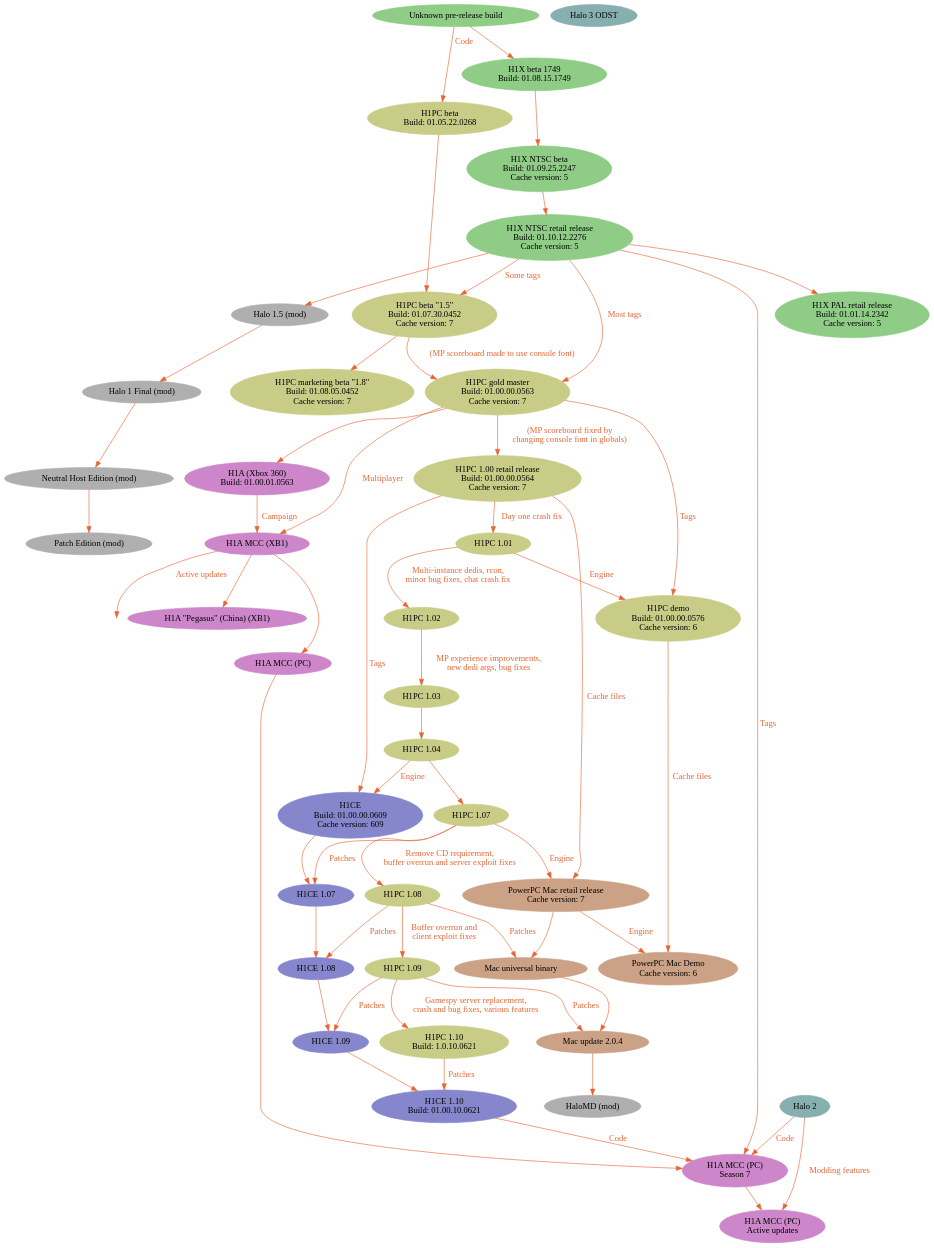
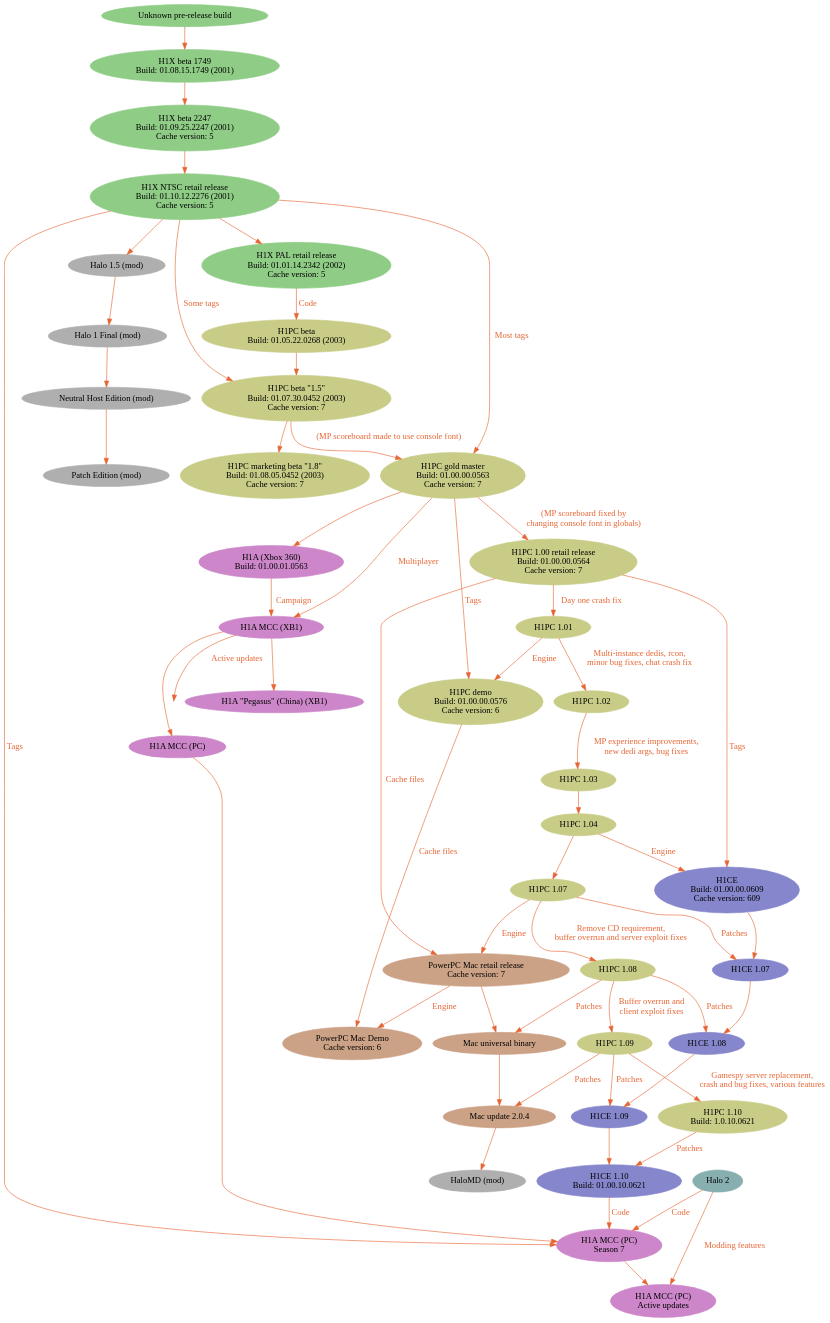
Before and after one commit to Sigmmma/c20: the diagram in src/content/h1/games.dot, drawn with Graphviz. The commit also changed 6 other files, not shown here.

Commit message:
Revise h1 versions chart; add HMT button keywords; NTSC player physics flag; h2 weather functions use seconds

```diff
--- a/src/content/h1/games.dot
+++ b/src/content/h1/games.dot
@@ -1,142 +1,140 @@
 digraph G {
   bgcolor="transparent"
   edge [color="#E66533" fontcolor="#E66533"]
 
   subgraph h1x {
     node [style=filled color="#8fcc86"]
     h1x_pre [label="Unknown pre-release build"]
-    h1x_1749 [label="H1X beta 1749\nBuild: 01.08.15.1749"]
-    h1x_ntsc_beta [label="H1X NTSC beta\nBuild: 01.09.25.2247\nCache version: 5"]
-    h1x_ntsc_retail [label="H1X NTSC retail release\nBuild: 01.10.12.2276\nCache version: 5"]
-    h1x_pal_retail [label="H1X PAL retail release\nBuild: 01.01.14.2342\nCache version: 5"]
+    h1x_1749 [label="H1X beta 1749\nBuild: 01.08.15.1749 (2001)"]
+    h1x_2247 [label="H1X beta 2247\nBuild: 01.09.25.2247 (2001)\nCache version: 5"]
+    h1x_ntsc_retail [label="H1X NTSC retail release\nBuild: 01.10.12.2276 (2001)\nCache version: 5"]
+    h1x_pal_retail [label="H1X PAL retail release\nBuild: 01.01.14.2342 (2002)\nCache version: 5"]
   }
 
   #mods
   node [style=filled color="#afafaf"];
   h15 [label="Halo 1.5 (mod)"];
   h1final [label="Halo 1 Final (mod)"];
   nhe [label="Neutral Host Edition (mod)"];
   pe [label="Patch Edition (mod)"];
   halomd [label="HaloMD (mod)"];
 
   subgraph h1pc {
     node [style=filled color="#c8cc86"];
-    pc_beta1 [label="H1PC beta\nBuild: 01.05.22.0268"];
-    pc_beta2 [label="H1PC beta \"1.5\"\nBuild: 01.07.30.0452\nCache version: 7"];
-    pc_beta3 [label="H1PC marketing beta \"1.8\"\nBuild: 01.08.05.0452 \nCache version: 7"];
+    pc_beta1 [label="H1PC beta\nBuild: 01.05.22.0268 (2003)"];
+    pc_beta2 [label="H1PC beta \"1.5\"\nBuild: 01.07.30.0452 (2003)\nCache version: 7"];
+    pc_beta3 [label="H1PC marketing beta \"1.8\"\nBuild: 01.08.05.0452 (2003)\nCache version: 7"];
     pc_gold [label="H1PC gold master\nBuild: 01.00.00.0563\nCache version: 7"];
     pc_100 [label="H1PC 1.00 retail release\nBuild: 01.00.00.0564\nCache version: 7"];
     pc_101 [label="H1PC 1.01"];
     pc_102 [label="H1PC 1.02"];
     pc_103 [label="H1PC 1.03"];
     pc_104 [label="H1PC 1.04"];
     pc_107 [label="H1PC 1.07"];
     pc_108 [label="H1PC 1.08"];
     pc_109 [label="H1PC 1.09"];
     pc_110 [label="H1PC 1.10\nBuild: 1.0.10.0621"];
     pc_demo [label="H1PC demo\nBuild: 01.00.00.0576\nCache version: 6"];
   }
 
   subgraph mac {
     node [style=filled color="#cca286"];
     mac_retail [label="PowerPC Mac retail release\nCache version: 7"];
     mac_universal [label="Mac universal binary"];
     mac_204 [label="Mac update 2.0.4"];
     mac_demo [label="PowerPC Mac Demo\nCache version: 6"];
   }
 
   subgraph h1ce {
     node [style=filled color="#8686cc"];
     h1ce_100 [label="H1CE\nBuild: 01.00.00.0609\nCache version: 609"];
     h1ce_107 [label="H1CE 1.07"];
     h1ce_108 [label="H1CE 1.08"];
     h1ce_109 [label="H1CE 1.09"];
     h1ce_110 [label="H1CE 1.10\nBuild: 01.00.10.0621"];
   }
 
   subgraph h1a {
     node [style=filled color="#cc86c9"];
     h1a_360 [label="H1A (Xbox 360)\nBuild: 01.00.01.0563"];
     h1a_xbone [label="H1A MCC (XB1)"];
     h1a_xbone_china [label="H1A \"Pegasus\" (China) (XB1)"];
     h1a_pc [label="H1A MCC (PC)"];
     h1a_pc_s7 [label="H1A MCC (PC)\nSeason 7"];
     h1a_pc_live [label="H1A MCC (PC)\nActive updates"];
     h1a_xbone_live [label="", fixedsize="false", width=0, height=0, shape=none];
   }
 
 
 
   #other games
   node [style=filled color="#88afaf"];
   h2 [label="Halo 2"];
-  odst [label="Halo 3 ODST"];
 
   h1x_pre -> h1x_1749;
-  h1x_1749 -> h1x_ntsc_beta;
-  h1x_ntsc_beta -> h1x_ntsc_retail;
+  h1x_1749 -> h1x_2247;
+  h1x_2247 -> h1x_ntsc_retail;
   h1x_ntsc_retail -> h1x_pal_retail;
 
   # gearbox pc line
-  h1x_pre -> pc_beta1 [label="Code"];
+  h1x_pal_retail -> pc_beta1 [label="Code"];
   pc_beta1 -> pc_beta2;
   h1x_ntsc_retail -> pc_beta2 [label="Some tags"];
   pc_beta2 -> pc_beta3;
   pc_beta2 -> pc_gold [label="(MP scoreboard made to use console font)"];
   h1x_ntsc_retail -> pc_gold [label="Most tags"];
   pc_gold -> pc_100 [label="(MP scoreboard fixed by\nchanging console font in globals)"];
   pc_100 -> pc_101 [label="Day one crash fix"];
   pc_101 -> pc_102 [label="Multi-instance dedis, rcon,\nminor bug fixes, chat crash fix"];
   pc_102 -> pc_103 [label="MP experience improvements,\nnew dedi args, bug fixes"];
   pc_103 -> pc_104;
   pc_104 -> pc_107;
   pc_107 -> pc_108 [label="Remove CD requirement,\nbuffer overrun and server exploit fixes"];
   pc_108 -> pc_109 [label="Buffer overrun and\nclient exploit fixes"];
   pc_109 -> pc_110 [label="Gamespy server replacement,\ncrash and bug fixes, various features"];
   pc_gold -> pc_demo [label="Tags"];
   pc_101 -> pc_demo [label="Engine"];
 
   # custom edition line
   pc_104 -> h1ce_100 [label="Engine"];
   pc_100 -> h1ce_100 [label="Tags"];
   h1ce_100 -> h1ce_107;
   pc_107 -> h1ce_107 [label="Patches"];
   h1ce_107 -> h1ce_108;
   pc_108 -> h1ce_108 [label="Patches"];
   h1ce_108 -> h1ce_109;
   pc_109 -> h1ce_109 [label="Patches"];
   h1ce_109 -> h1ce_110;
   pc_110 -> h1ce_110 [label="Patches"];
 
   # mac
   pc_demo -> mac_demo [label="Cache files"];
   pc_100 -> mac_retail [label="Cache files"];
   pc_107 -> mac_retail [label="Engine"];
   mac_retail -> mac_demo [label="Engine"];
   mac_retail -> mac_universal;
   pc_108 -> mac_universal [label="Patches"];
   mac_universal -> mac_204;
   pc_109 -> mac_204 [label="Patches"];
 
   # mods
   h1x_ntsc_retail -> h15;
   h15 -> h1final;
   h1final -> nhe;
   nhe -> pe;
   mac_204 -> halomd;
 
   # h1a and mcc
   pc_gold -> h1a_360;
   h1a_360 -> h1a_xbone [label="Campaign"];
   pc_gold -> h1a_xbone [label="Multiplayer"];
   h1a_xbone -> h1a_pc;
   h1a_xbone -> h1a_xbone_live [label="Active updates"];
   h1a_xbone -> h1a_xbone_china;
   h1a_pc -> h1a_pc_s7;
   h1ce_110 -> h1a_pc_s7 [label="Code"];
   h1x_ntsc_retail -> h1a_pc_s7 [label="Tags"];
   h2 -> h1a_pc_s7 [label="Code"];
   h2 -> h1a_pc_live [label="Modding features"];
-  #odst -> h1a_pc_live [label="Netcode"];
   h1a_pc_s7 -> h1a_pc_live;
 }
```
